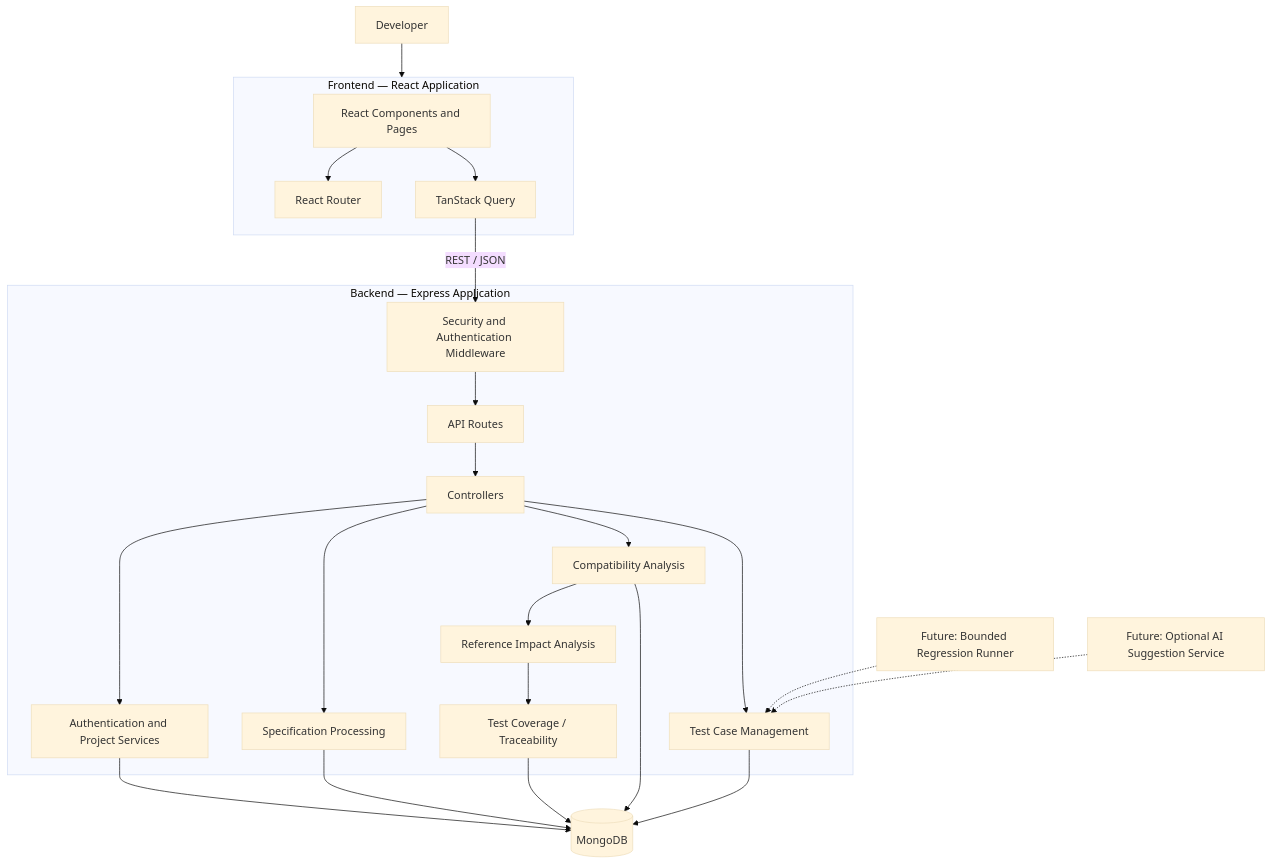
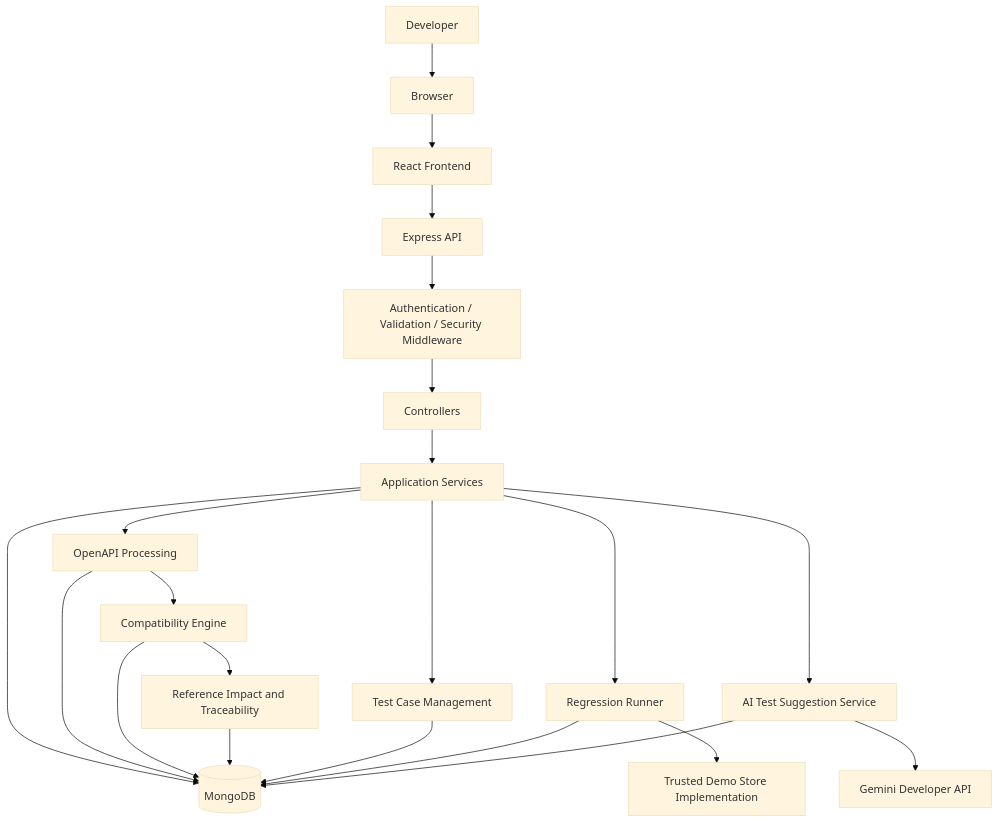
The first of 9 diagrams in docs/Architecture.md (Swayam-Aggarwal/ContractGuard), drawn with Mermaid (base theme) before and after one commit. The commit also changed other lines of this file and 40 other files, not shown here.

````diff
--- a/docs/Architecture.md
+++ b/docs/Architecture.md
@@ -27,51 +44,44 @@
 ```mermaid
-flowchart TD
-    USER["Developer"]
+flowchart TB
+    User["Developer"]
+    Browser["Browser"]
+    React["React Frontend"]
+    Express["Express API"]
+    Middleware["Authentication / Validation / Security Middleware"]
+    Controllers["Controllers"]
+    Services["Application Services"]
+    Mongo[("MongoDB")]
 
-    subgraph FRONTEND["Frontend — React Application"]
-        UI["React Components and Pages"]
-        ROUTER["React Router"]
-        QUERY["TanStack Query"]
-        UI --> ROUTER
-        UI --> QUERY
-    end
+    OpenAPI["OpenAPI Processing"]
+    Compatibility["Compatibility Engine"]
+    Impact["Reference Impact and Traceability"]
+    TestCases["Test Case Management"]
+    Runner["Regression Runner"]
+    DemoStore["Trusted Demo Store Implementation"]
+    AI["AI Test Suggestion Service"]
+    Gemini["Gemini Developer API"]
 
-    subgraph BACKEND["Backend — Express Application"]
-        SECURITY["Security and Authentication Middleware"]
-        ROUTES["API Routes"]
-        CONTROLLERS["Controllers"]
+    User --> Browser
+    Browser --> React
+    React --> Express
+    Express --> Middleware
+    Middleware --> Controllers
+    Controllers --> Services
 
-        AUTH["Authentication and Project Services"]
-        SPEC["Specification Processing"]
-        COMPARE["Compatibility Analysis"]
-        IMPACT["Reference Impact Analysis"]
-        TRACE["Test Coverage / Traceability"]
-        TESTS["Test Case Management"]
+    Services --> OpenAPI
+    OpenAPI --> Compatibility
+    Compatibility --> Impact
+    Services --> TestCases
+    Services --> Runner
+    Runner --> DemoStore
+    Services --> AI
+    AI --> Gemini
 
-        SECURITY --> ROUTES
-        ROUTES --> CONTROLLERS
-        CONTROLLERS --> AUTH
-        CONTROLLERS --> SPEC
-        CONTROLLERS --> COMPARE
-        CONTROLLERS --> TESTS
-        COMPARE --> IMPACT
-        IMPACT --> TRACE
-    end
-
-    DATABASE[("MongoDB")]
-
-    USER --> FRONTEND
-    QUERY -->|"REST / JSON"| SECURITY
-
-    AUTH --> DATABASE
-    SPEC --> DATABASE
-    COMPARE --> DATABASE
-    TESTS --> DATABASE
-    TRACE --> DATABASE
-
-    FUTURE_RUNNER["Future: Bounded Regression Runner"]
-    FUTURE_AI["Future: Optional AI Suggestion Service"]
-
-    FUTURE_RUNNER -.-> TESTS
-    FUTURE_AI -.-> TESTS
+    Services --> Mongo
+    OpenAPI --> Mongo
+    Compatibility --> Mongo
+    Impact --> Mongo
+    TestCases --> Mongo
+    Runner --> Mongo
+    AI --> Mongo
 ```
````
